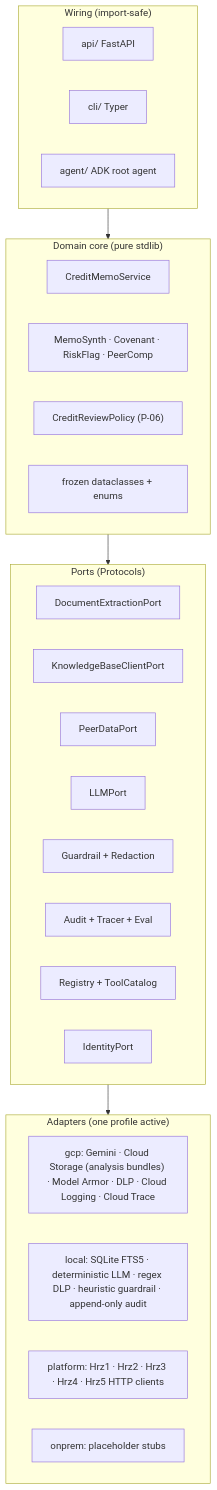
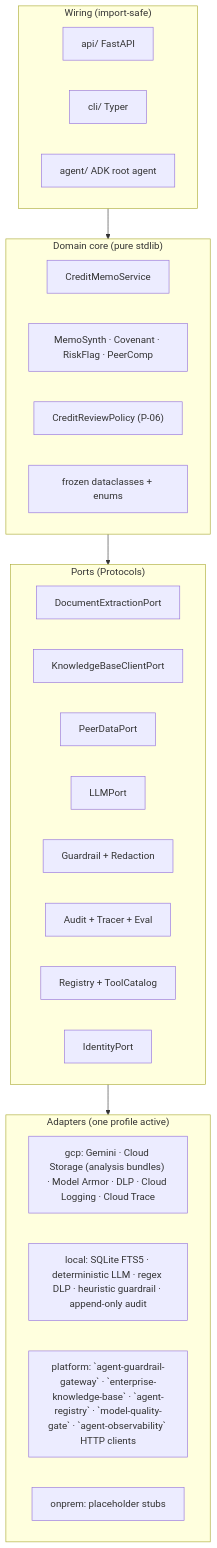
One commit to portable-genai/credit-memo-drafting changed the first of 3 diagrams in ARCHITECTURE.md. Above: the diagram before and after it, drawn with Mermaid. The commit also changed other lines of this file and 39 other files, not shown here.

````diff
--- a/ARCHITECTURE.md
+++ b/ARCHITECTURE.md
@@ -13,33 +13,33 @@
 ```mermaid
 flowchart TB
   subgraph wiring["Wiring (import-safe)"]
     api["api/ FastAPI"]
     cli["cli/ Typer"]
     agent["agent/ ADK root agent"]
   end
   subgraph core["Domain core (pure stdlib)"]
     svc["CreditMemoService"]
     sub["MemoSynth · Covenant · RiskFlag · PeerComp"]
     policy["CreditReviewPolicy (P-06)"]
     models["frozen dataclasses + enums"]
   end
   subgraph ports["Ports (Protocols)"]
     p_ex["DocumentExtractionPort"]
     p_kb["KnowledgeBaseClientPort"]
     p_peer["PeerDataPort"]
     p_llm["LLMPort"]
     p_safe["Guardrail + Redaction"]
     p_obs["Audit + Tracer + Eval"]
     p_gov["Registry + ToolCatalog"]
     p_id["IdentityPort"]
   end
   subgraph adapters["Adapters (one profile active)"]
     gcp["gcp: Gemini · Cloud Storage (analysis bundles) · Model Armor · DLP · Cloud Logging · Cloud Trace"]
     local["local: SQLite FTS5 · deterministic LLM · regex DLP · heuristic guardrail · append-only audit"]
-    platform["platform: Hrz1 · Hrz2 · Hrz3 · Hrz4 · Hrz5 HTTP clients"]
+    platform["platform: `agent-guardrail-gateway` · `enterprise-knowledge-base` · `agent-registry` · `model-quality-gate` · `agent-observability` HTTP clients"]
     onprem["onprem: placeholder stubs"]
   end
   wiring --> core
   core --> ports
   ports --> adapters
 ```
````
